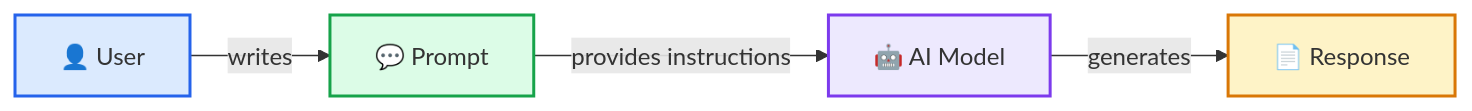
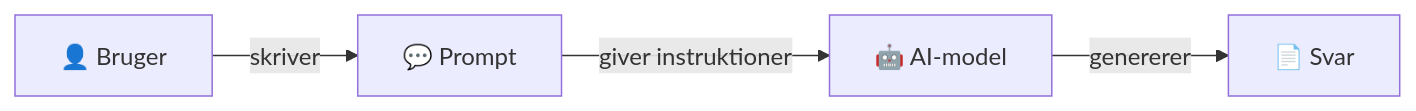
The second of 6 diagrams in Ugeplan 3 - Store Sprogmodeller & Prompt Engineering/Artikler/What is Prompt Engineering.md (zk222ac001/Python-Programmering-med-AI-and-Agentic-Systems), drawn with Mermaid before and after one commit. The commit also changed other lines of this file, not shown here.

Commit message:
Oversæt artikel om prompt engineering til dansk

````diff
--- a/Ugeplan 3 - Store Sprogmodeller & Prompt Engineering/Artikler/What is Prompt Engineering.md
+++ b/Ugeplan 3 - Store Sprogmodeller & Prompt Engineering/Artikler/What is Prompt Engineering.md
@@ -434,16 +407,6 @@
 ```mermaid
 flowchart LR
-    U["👤 User"]
-    P["💬 Prompt"]
-    M["🤖 AI Model"]
-    R["📄 Response"]
-
-    U -->|"writes"| P
-    P -->|"provides instructions"| M
-    M -->|"generates"| R
-
-    style U fill:#dbeafe,stroke:#2563eb,stroke-width:2px
-    style P fill:#dcfce7,stroke:#16a34a,stroke-width:2px
-    style M fill:#ede9fe,stroke:#7c3aed,stroke-width:2px
-    style R fill:#fef3c7,stroke:#d97706,stroke-width:2px
+    U["👤 Bruger"] -->|"skriver"| P["💬 Prompt"]
+    P -->|"giver instruktioner"| M["🤖 AI-model"]
+    M -->|"genererer"| R["📄 Svar"]
 ```
````
